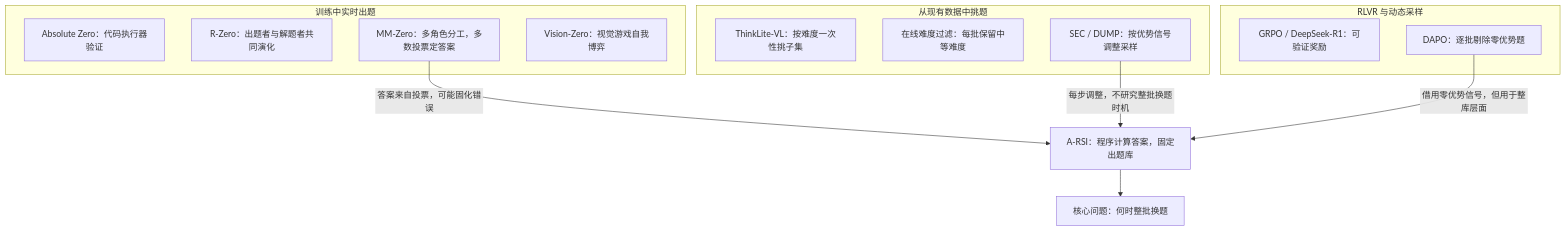
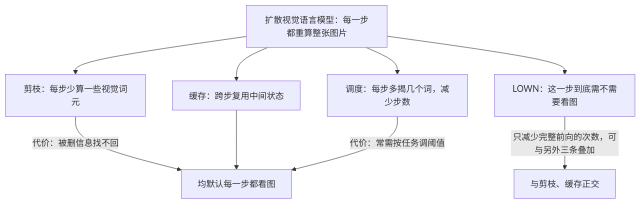
Before and after one commit to yingwang/paper-reads: the first of 4 diagrams in docs/index.md, drawn with Mermaid. The commit also changed other lines of this file and 2 other files, not shown here.

First line of the commit message:
Add 2026-11-01-lown-certificate-guided-visual-routing-diffusion-vlm

````diff
--- a/docs/index.md
+++ b/docs/index.md
@@ -81,22 +76,11 @@
 ```mermaid
 flowchart TB
-    subgraph G["训练中实时出题"]
-        G1["Absolute Zero：代码执行器验证"]
-        G2["R-Zero：出题者与解题者共同演化"]
-        G3["MM-Zero：多角色分工，多数投票定答案"]
-        G4["Vision-Zero：视觉游戏自我博弈"]
-    end
-    subgraph S["从现有数据中挑题"]
-        S1["ThinkLite-VL：按难度一次性挑子集"]
-        S2["在线难度过滤：每批保留中等难度"]
-        S3["SEC / DUMP：按优势信号调整采样"]
-    end
-    subgraph R["RLVR 与动态采样"]
-        R1["GRPO / DeepSeek-R1：可验证奖励"]
-        R2["DAPO：逐批剔除零优势题"]
-    end
-    G3 -->|"答案来自投票，可能固化错误"| A["A-RSI：程序计算答案，固定出题库"]
-    S3 -->|"每步调整，不研究整批换题时机"| A
-    R2 -->|"借用零优势信号，但用于整库层面"| A
-    A --> Q["核心问题：何时整批换题"]
+    D["扩散视觉语言模型：每一步都重算整张图片"] --> P["剪枝：每步少算一些视觉词元"]
+    D --> C["缓存：跨步复用中间状态"]
+    D --> S["调度：每步多揭几个词，减少步数"]
+    D --> L["LOWN：这一步到底需不需要看图"]
+    P -->|"代价：被删信息找不回"| X["均默认每一步都看图"]
+    C --> X
+    S -->|"代价：常需按任务调阈值"| X
+    L -->|"只减少完整前向的次数，可与另外三条叠加"| Y["与剪枝、缓存正交"]
 ```
````
